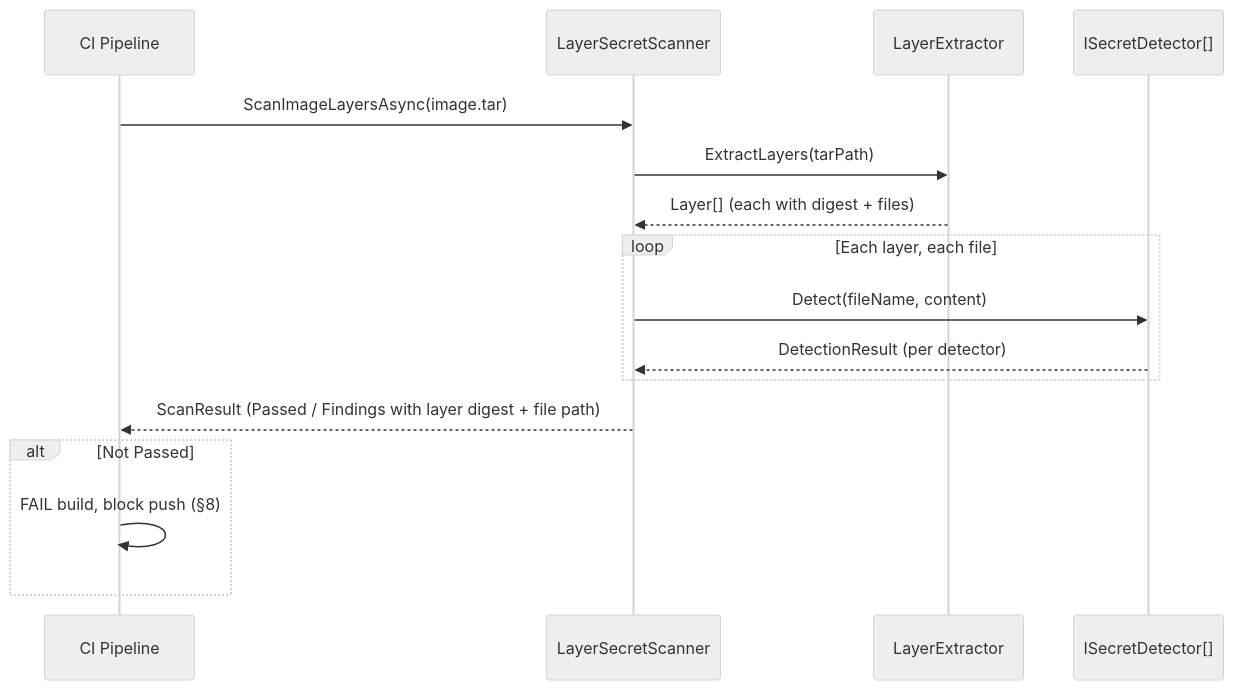
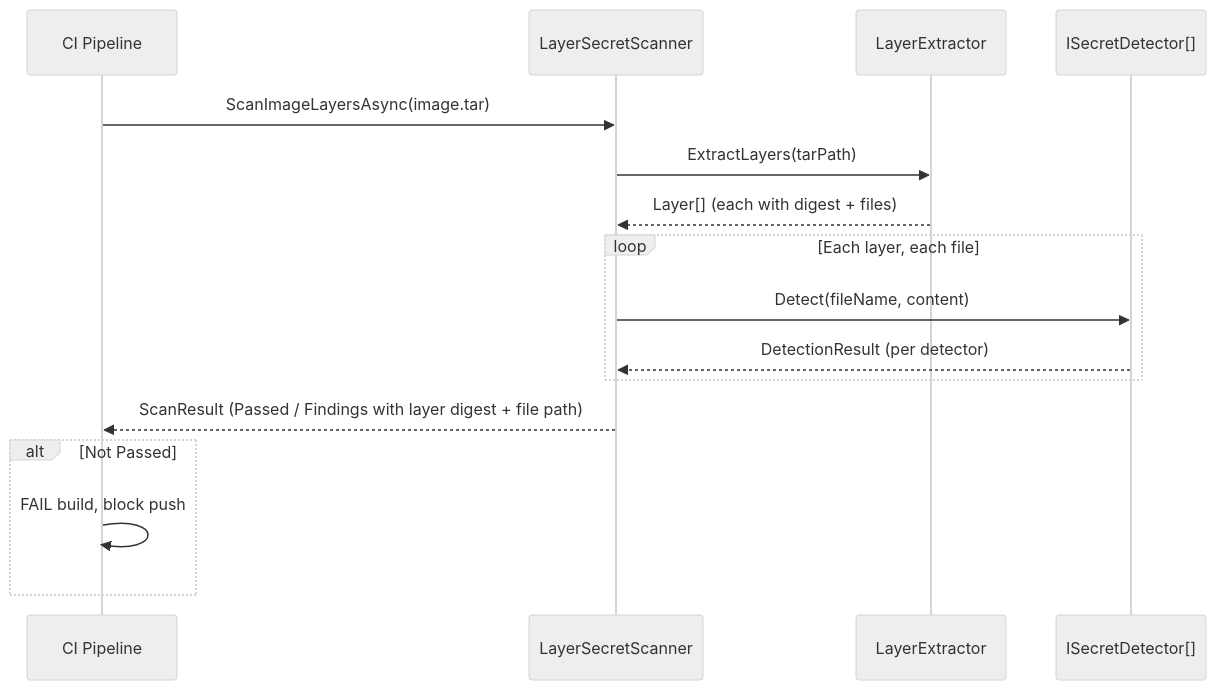
One commit to umashankarp/InterviewQuestions changed the fourth of 4 diagrams in 24-Docker/01-Images-Layers-UnionFilesystem.md. Above: the diagram before and after it, drawn with Mermaid (neutral theme). The commit also changed other lines of this file and 173 other files, not shown here.

````diff
--- a/24-Docker/01-Images-Layers-UnionFilesystem.md
+++ b/24-Docker/01-Images-Layers-UnionFilesystem.md
@@ -475,19 +475,19 @@
 ```mermaid
 sequenceDiagram
-    participant CI as CI Pipeline
-    participant Scanner as LayerSecretScanner
-    participant Extractor as LayerExtractor
-    participant Detectors as ISecretDetector[]
+ participant CI as CI Pipeline
+ participant Scanner as LayerSecretScanner
+ participant Extractor as LayerExtractor
+ participant Detectors as ISecretDetector[]
 
-    CI->>Scanner: ScanImageLayersAsync(image.tar)
-    Scanner->>Extractor: ExtractLayers(tarPath)
-    Extractor-->>Scanner: Layer[] (each with digest + files)
-    loop Each layer, each file
-        Scanner->>Detectors: Detect(fileName, content)
-        Detectors-->>Scanner: DetectionResult (per detector)
-    end
-    Scanner-->>CI: ScanResult (Passed / Findings with layer digest + file path)
-    alt Not Passed
-        CI->>CI: FAIL build, block push (§8)
-    end
+ CI->>Scanner: ScanImageLayersAsync(image.tar)
+ Scanner->>Extractor: ExtractLayers(tarPath)
+ Extractor-->>Scanner: Layer[] (each with digest + files)
+ loop Each layer, each file
+ Scanner->>Detectors: Detect(fileName, content)
+ Detectors-->>Scanner: DetectionResult (per detector)
+ end
+ Scanner-->>CI: ScanResult (Passed / Findings with layer digest + file path)
+ alt Not Passed
+ CI->>CI: FAIL build, block push
+ end
 ```
````
